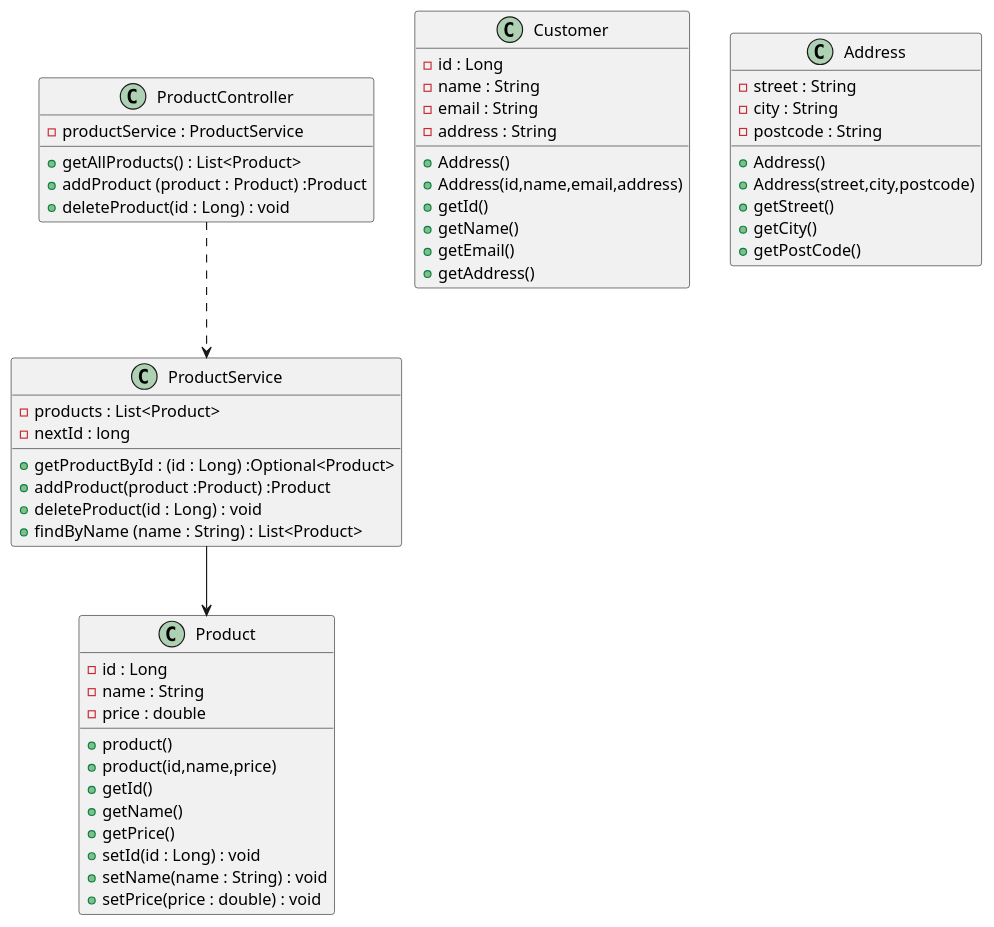
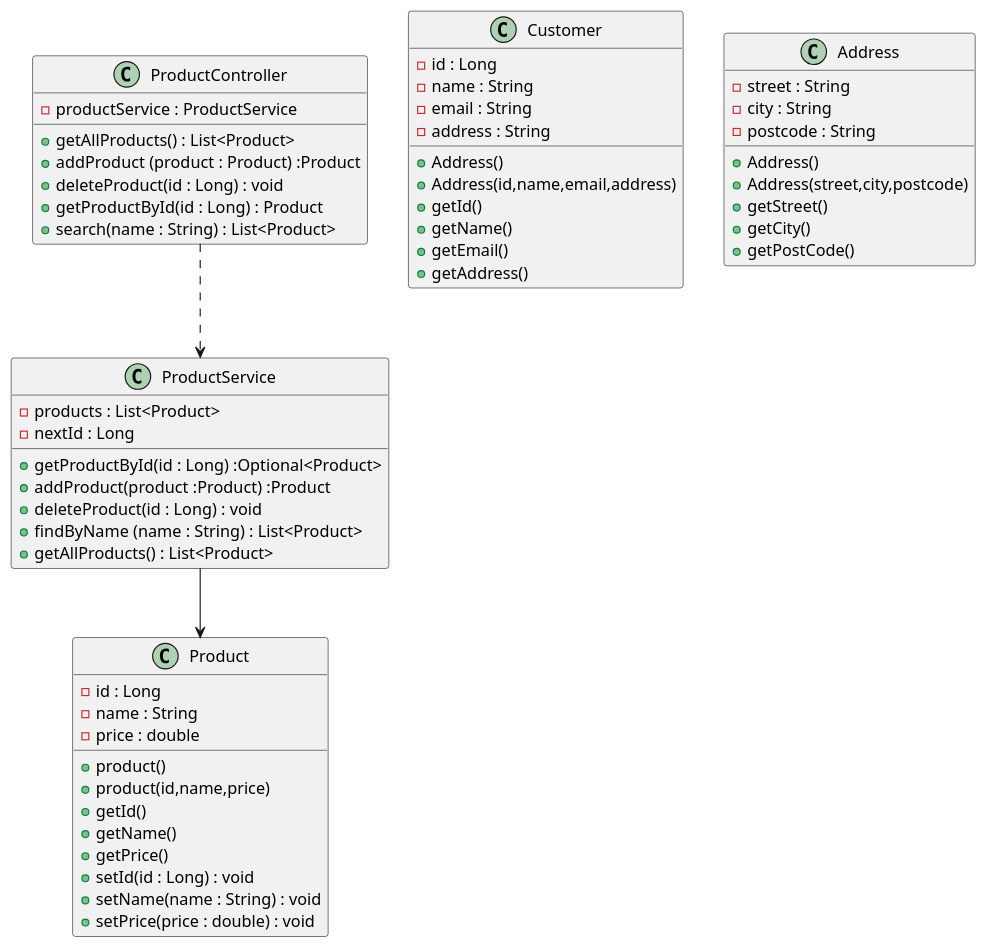
One commit to Nethuli000/products-api changed the diagram in products-api/docs/ uml/products.puml. Above: the diagram before and after it, drawn with PlantUML. The commit also changed 3 other files, not shown here.

```diff
--- a/products-api/docs/ uml/products.puml
+++ b/products-api/docs/ uml/products.puml
@@ -1,63 +1,66 @@
 @startuml
 
 class Product{
 - id : Long
 - name : String
 - price : double
 + product()
 + product(id,name,price)
 + getId()
 + getName()
 + getPrice()
 + setId(id : Long) : void
 + setName(name : String) : void
 + setPrice(price : double) : void
 }
 
 class Customer{
 - id : Long
 - name : String
 - email : String
 - address : String
 + Address()
 + Address(id,name,email,address)
 + getId()
 + getName()
 + getEmail()
 + getAddress()
 }
 
 class Address{
 - street : String
 - city : String
 - postcode : String
 + Address()
 + Address(street,city,postcode)
 + getStreet()
 + getCity()
 + getPostCode()
 }
 
 class ProductService{
 - products : List<Product>
-- nextId : long
-+ getProductById : (id : Long) :Optional<Product>
+- nextId : Long
++ getProductById(id : Long) :Optional<Product>
 + addProduct(product :Product) :Product
 + deleteProduct(id : Long) : void
 + findByName (name : String) : List<Product>
++ getAllProducts() : List<Product>
 }
 
 class ProductController{
 - productService : ProductService
 + getAllProducts() : List<Product>
 + addProduct (product : Product) :Product
 + deleteProduct(id : Long) : void
++ getProductById(id : Long) : Product
++ search(name : String) : List<Product>
 }
 
 ' ..> is a dependency: DASHED line, open arrow
 ProductController ..> ProductService
 
 ' --> is an association: SOLID line
 ProductService --> Product
 
 @enduml
```
